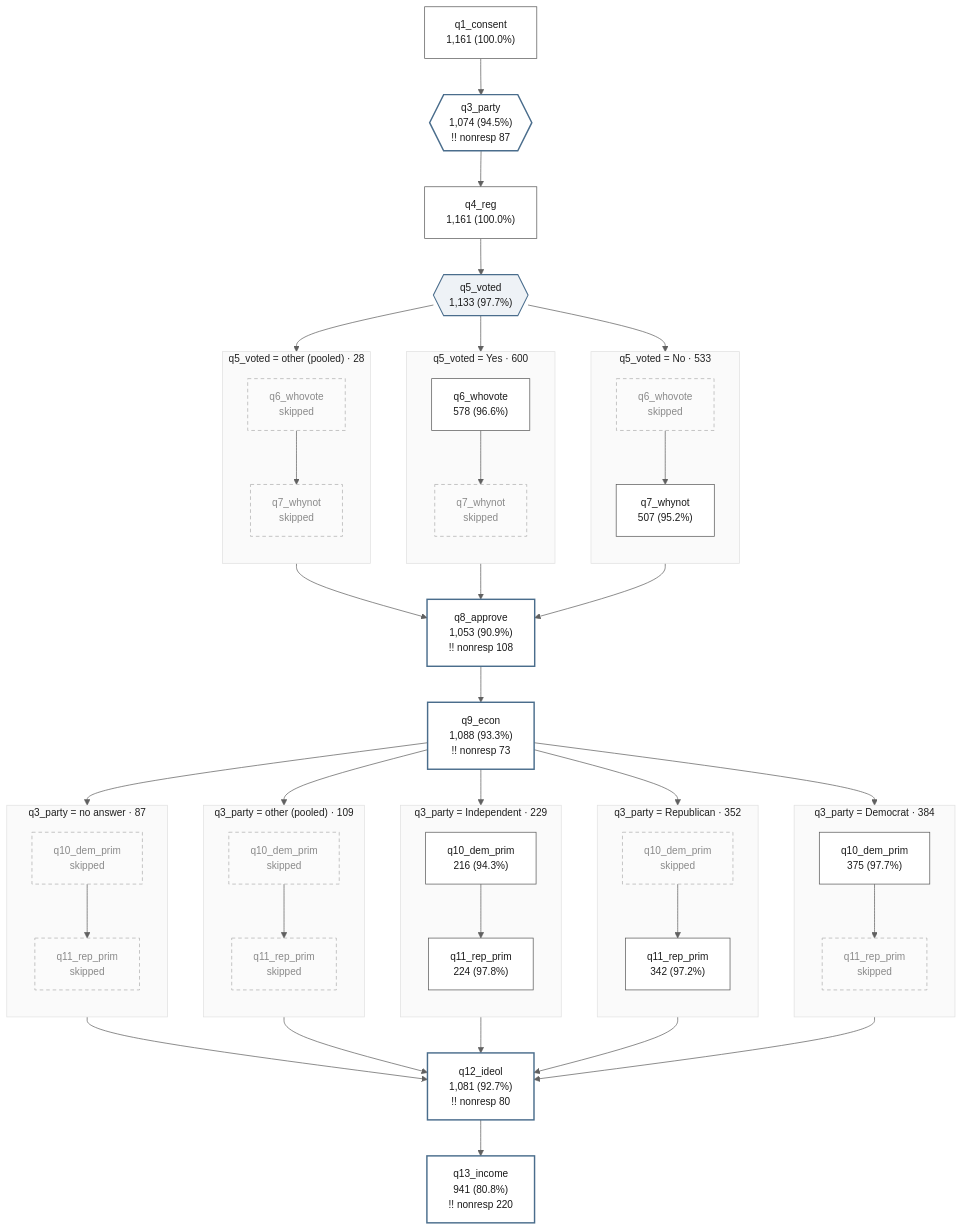
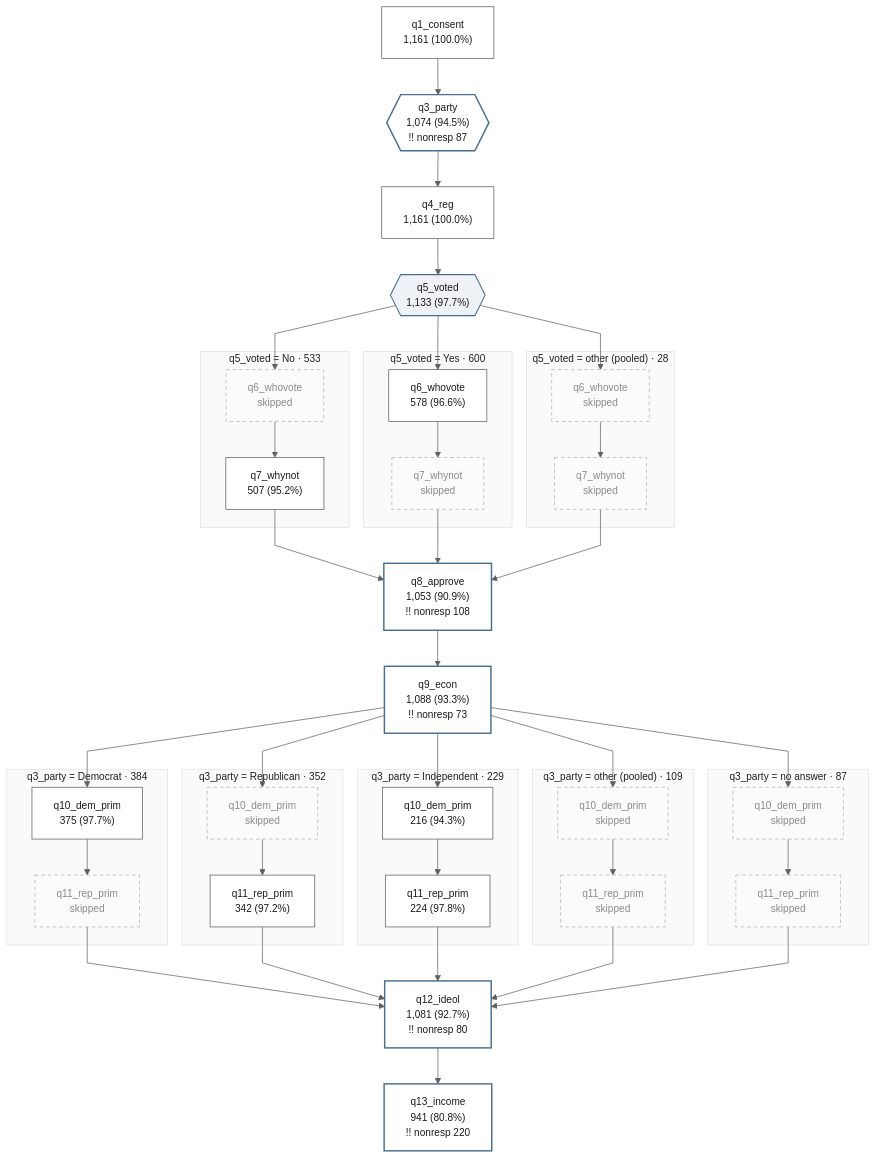
One commit to ericabooth/surveymap-stata-public changed the diagram in gallery/g_map_vertical.mmd. Above: the diagram before and after it, drawn with Mermaid. The commit also changed 30 other files, not shown here.

```diff
--- a/gallery/g_map_vertical.mmd
+++ b/gallery/g_map_vertical.mmd
@@ -1,91 +1,83 @@
-%%{init: {'theme':'base','themeVariables':{'fontFamily':'Helvetica, Arial, sans-serif','fontSize':'14px','primaryColor':'#ffffff','primaryTextColor':'#202020','primaryBorderColor':'#606060','lineColor':'#606060','secondaryColor':'#f4f4f4','tertiaryColor':'#fafafa','edgeLabelBackground':'#ffffff','titleColor':'#202020'}}}%%
-%% surveymap _sm_rendertext 0.1.0 - journal g_branched.tsv - rendered 24 Aug 2026 04:33:24 - Stata 19.5 MP
+%%{init: {'theme':'base','themeVariables':{'fontFamily':'Helvetica, Arial, sans-serif','fontSize':'14px','primaryColor':'#ffffff','primaryTextColor':'#202020','primaryBorderColor':'#606060','lineColor':'#606060','secondaryColor':'#f4f4f4','tertiaryColor':'#fafafa','edgeLabelBackground':'#ffffff','titleColor':'#202020'},'flowchart':{'curve':'linear'}}}%%
+%% surveymap _sm_rendertext 0.1.0 - journal g_branched.tsv - rendered 24 Aug 2026 05:05:40 - Stata 19.5 MP
 flowchart TB
   accTitle: surveymap flow of g_branched.tsv
   accDescr {
     1,161 respondents, 12 items, 2 gates. Items run top to bottom in questionnaire order; a gate fans the sample into lanes that rejoin the spine at the end of its segment. A dashed node is a cell the lane was routed around. Two exclamation marks flag a warning. Counts are unweighted and percentages are weighted.
   }
   classDef default fill:#ffffff,stroke:#5a5a5a,color:#1a1a1a,stroke-width:1px;
   classDef smghost fill:#fbfbfb,stroke:#b0b0b0,stroke-dasharray: 5 4,color:#8a8a8a,stroke-width:1px;
   classDef smwarn fill:#ffffff,stroke:#4a6d8c,stroke-width:2px,color:#1a1a1a;
   classDef smgate fill:#eef2f6,stroke:#4a6d8c,stroke-width:1.5px,color:#1a1a1a;
   n1["q1_consent<br/>1,161 (100.0%)"]
   n2{{"q3_party<br/>1,074 (94.5%)<br/>!! nonresp 87"}}
   n3["q4_reg<br/>1,161 (100.0%)"]
   n4{{"q5_voted<br/>1,133 (97.7%)"}}
   subgraph SG4x1["q5_voted = No · 533"]
-    direction TB
   n5v1["q6_whovote<br/>skipped"]
   n6v1["q7_whynot<br/>507 (95.2%)"]
   end
   subgraph SG4x2["q5_voted = Yes · 600"]
-    direction TB
   n5v2["q6_whovote<br/>578 (96.6%)"]
   n6v2["q7_whynot<br/>skipped"]
   end
   subgraph SG4x3["q5_voted = other (pooled) · 28"]
-    direction TB
   n5v3["q6_whovote<br/>skipped"]
   n6v3["q7_whynot<br/>skipped"]
   end
   n7["q8_approve<br/>1,053 (90.9%)<br/>!! nonresp 108"]
   n8["q9_econ<br/>1,088 (93.3%)<br/>!! nonresp 73"]
   subgraph SG2x1["q3_party = Democrat · 384"]
-    direction TB
   n9v1["q10_dem_prim<br/>375 (97.7%)"]
   n10v1["q11_rep_prim<br/>skipped"]
   end
   subgraph SG2x2["q3_party = Republican · 352"]
-    direction TB
   n9v2["q10_dem_prim<br/>skipped"]
   n10v2["q11_rep_prim<br/>342 (97.2%)"]
   end
   subgraph SG2x3["q3_party = Independent · 229"]
-    direction TB
   n9v3["q10_dem_prim<br/>216 (94.3%)"]
   n10v3["q11_rep_prim<br/>224 (97.8%)"]
   end
   subgraph SG2x4["q3_party = other (pooled) · 109"]
-    direction TB
   n9v4["q10_dem_prim<br/>skipped"]
   n10v4["q11_rep_prim<br/>skipped"]
   end
   subgraph SG2x5["q3_party = no answer · 87"]
-    direction TB
   n9v5["q10_dem_prim<br/>skipped"]
   n10v5["q11_rep_prim<br/>skipped"]
   end
   n11["q12_ideol<br/>1,081 (92.7%)<br/>!! nonresp 80"]
   n12["q13_income<br/>941 (80.8%)<br/>!! nonresp 220"]
   n1 --> n2
   n2 --> n3
   n3 --> n4
   n4 --> n5v1
   n5v1 --> n6v1
   n6v1 --> n7
   n4 --> n5v2
   n5v2 --> n6v2
   n6v2 --> n7
   n4 --> n5v3
   n5v3 --> n6v3
   n6v3 --> n7
   n7 --> n8
   n8 --> n9v1
   n9v1 --> n10v1
   n10v1 --> n11
   n8 --> n9v2
   n9v2 --> n10v2
   n10v2 --> n11
   n8 --> n9v3
   n9v3 --> n10v3
   n10v3 --> n11
   n8 --> n9v4
   n9v4 --> n10v4
   n10v4 --> n11
   n8 --> n9v5
   n9v5 --> n10v5
   n10v5 --> n11
   n11 --> n12
   class n4 smgate;
   class n5v1,n6v2,n5v3,n6v3,n10v1,n9v2,n9v4,n10v4,n9v5,n10v5 smghost;
   class n2,n7,n8,n11,n12 smwarn;
```
